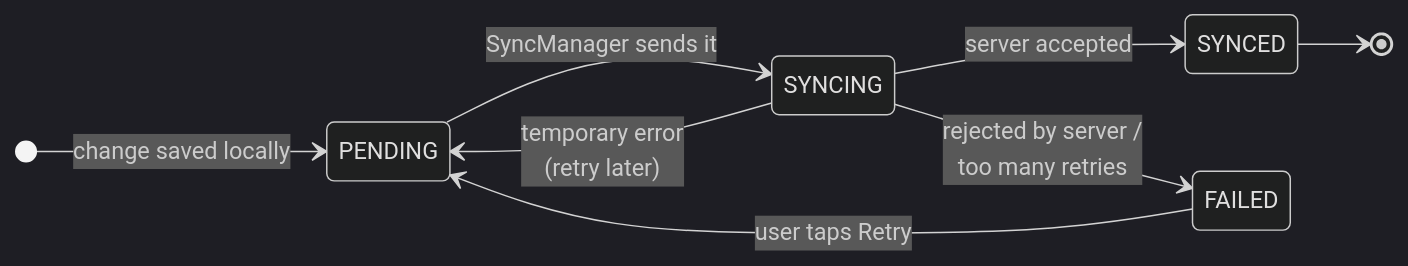
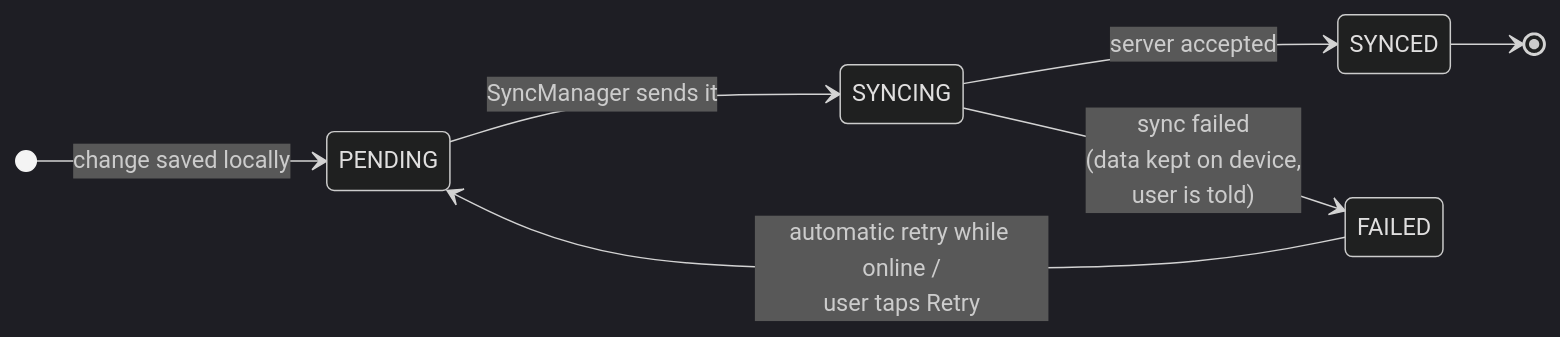
Before and after one commit to RezwanAhmed/taskInspect: the fifth of 6 diagrams in docs/architecture.md, drawn with Mermaid (dark theme). The commit also changed other lines of this file and 2 other files, not shown here.

First line of the commit message:
docs: sync whenever online and allow creating tasks offline

````diff
--- a/docs/architecture.md
+++ b/docs/architecture.md
@@ -532,11 +537,10 @@
 ```mermaid
 stateDiagram-v2
     direction LR
     [*] --> PENDING: change saved locally
     PENDING --> SYNCING: SyncManager sends it
     SYNCING --> SYNCED: server accepted
-    SYNCING --> PENDING: temporary error<br/>(retry later)
-    SYNCING --> FAILED: rejected by server /<br/>too many retries
-    FAILED --> PENDING: user taps Retry
+    SYNCING --> FAILED: sync failed<br/>(data kept on device,<br/>user is told)
+    FAILED --> PENDING: automatic retry while online /<br/>user taps Retry
     SYNCED --> [*]
 ```
````
